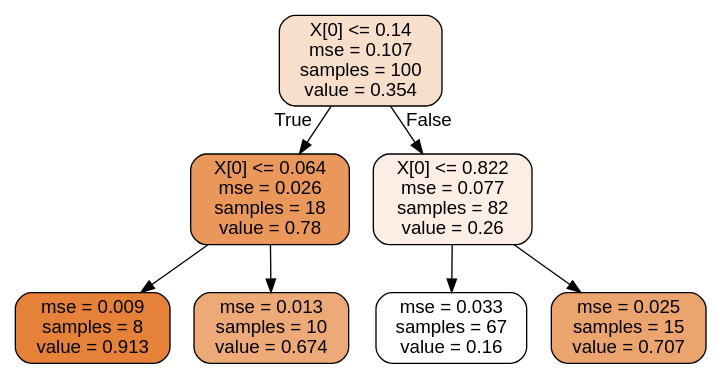
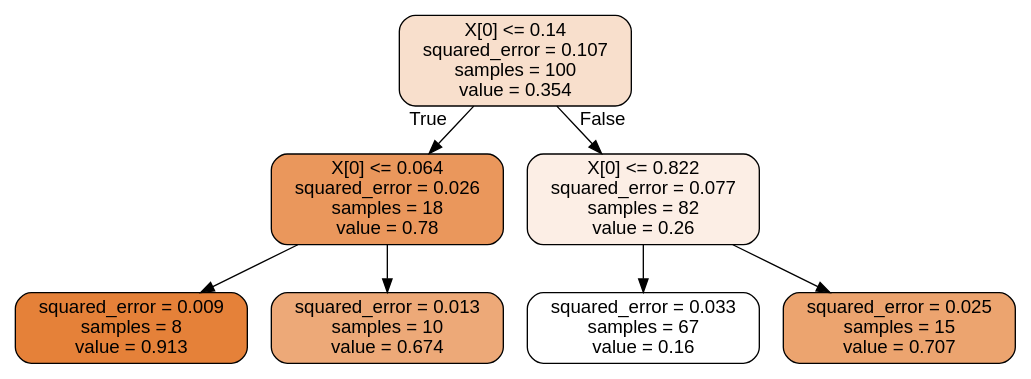
The diagram in 机器学习实战_课后练习/images/decision_trees/Regressor.dot (Apotosome/Hands-on-ML), drawn with Graphviz before and after one commit. The commit also changed 9 other files, not shown here.

Commit message:
更新图片

```diff
--- a/机器学习实战_课后练习/images/decision_trees/Regressor.dot
+++ b/机器学习实战_课后练习/images/decision_trees/Regressor.dot
@@ -1,17 +1,17 @@
 digraph Tree {
-node [shape=box, style="filled, rounded", color="black", fontname=helvetica] ;
-edge [fontname=helvetica] ;
-0 [label="X[0] <= 0.14\nmse = 0.107\nsamples = 100\nvalue = 0.354", fillcolor="#f8dfcc"] ;
-1 [label="X[0] <= 0.064\nmse = 0.026\nsamples = 18\nvalue = 0.78", fillcolor="#ea975c"] ;
+node [shape=box, style="filled, rounded", color="black", fontname="helvetica"] ;
+edge [fontname="helvetica"] ;
+0 [label="X[0] <= 0.14\nsquared_error = 0.107\nsamples = 100\nvalue = 0.354", fillcolor="#f8dfcc"] ;
+1 [label="X[0] <= 0.064\nsquared_error = 0.026\nsamples = 18\nvalue = 0.78", fillcolor="#ea975c"] ;
 0 -> 1 [labeldistance=2.5, labelangle=45, headlabel="True"] ;
-2 [label="mse = 0.009\nsamples = 8\nvalue = 0.913", fillcolor="#e58139"] ;
+2 [label="squared_error = 0.009\nsamples = 8\nvalue = 0.913", fillcolor="#e58139"] ;
 1 -> 2 ;
-3 [label="mse = 0.013\nsamples = 10\nvalue = 0.674", fillcolor="#eda978"] ;
+3 [label="squared_error = 0.013\nsamples = 10\nvalue = 0.674", fillcolor="#eda978"] ;
 1 -> 3 ;
-4 [label="X[0] <= 0.822\nmse = 0.077\nsamples = 82\nvalue = 0.26", fillcolor="#fceee5"] ;
+4 [label="X[0] <= 0.822\nsquared_error = 0.077\nsamples = 82\nvalue = 0.26", fillcolor="#fceee5"] ;
 0 -> 4 [labeldistance=2.5, labelangle=-45, headlabel="False"] ;
-5 [label="mse = 0.033\nsamples = 67\nvalue = 0.16", fillcolor="#ffffff"] ;
+5 [label="squared_error = 0.033\nsamples = 67\nvalue = 0.16", fillcolor="#ffffff"] ;
 4 -> 5 ;
-6 [label="mse = 0.025\nsamples = 15\nvalue = 0.707", fillcolor="#eca46f"] ;
+6 [label="squared_error = 0.025\nsamples = 15\nvalue = 0.707", fillcolor="#eca46f"] ;
 4 -> 6 ;
 }
```
